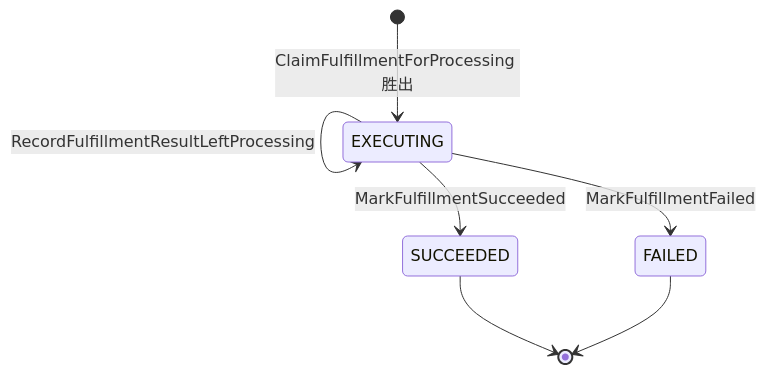
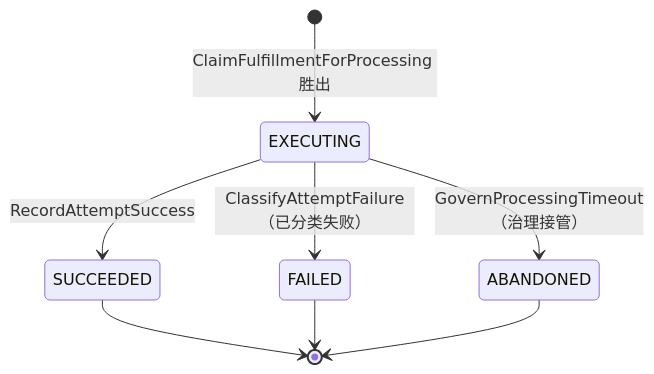
One commit to ericqin1111/ticket-core changed the fourth of 5 diagrams in docs/01_living_architecture/global_state_machine.md. Above: the diagram before and after it, drawn with Mermaid. The commit also changed other lines of this file and 3 other files, not shown here.

Commit message:
docs(architecture): merge TKT002-02 fulfillment governance

````diff
--- a/docs/01_living_architecture/global_state_machine.md
+++ b/docs/01_living_architecture/global_state_machine.md
@@ -98,9 +106,10 @@
 ```mermaid
 stateDiagram-v2
     [*] --> EXECUTING: ClaimFulfillmentForProcessing 胜出
-    EXECUTING --> EXECUTING: RecordFulfillmentResultLeftProcessing
-    EXECUTING --> SUCCEEDED: MarkFulfillmentSucceeded
-    EXECUTING --> FAILED: MarkFulfillmentFailed
+    EXECUTING --> FAILED: ClassifyAttemptFailure（已分类失败）
+    EXECUTING --> ABANDONED: GovernProcessingTimeout（治理接管）
+    EXECUTING --> SUCCEEDED: RecordAttemptSuccess
     SUCCEEDED --> [*]
     FAILED --> [*]
+    ABANDONED --> [*]
 ```
````
